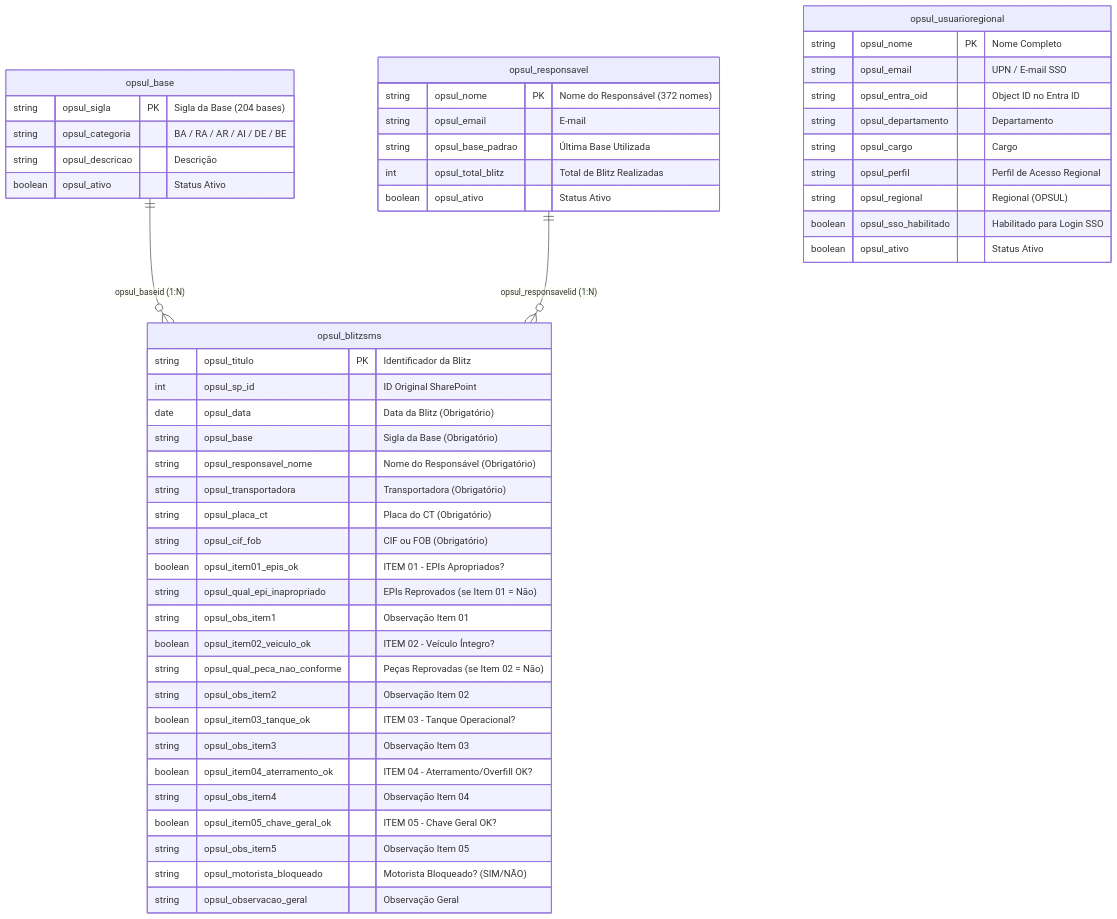
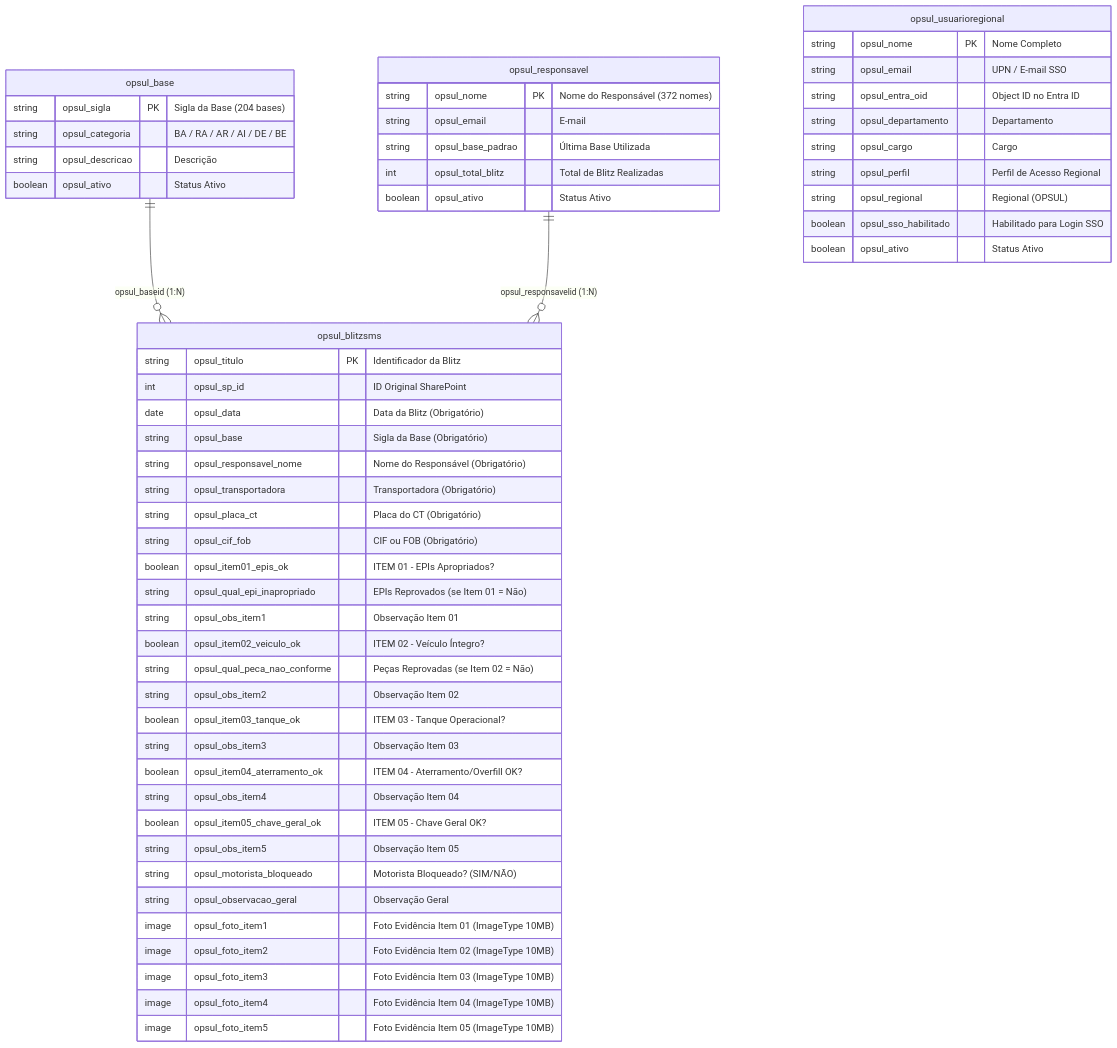
Before and after one commit to CRISTIANCARLOS/vibra-oper-opsul-blitz-sms: the diagram in docs/ARQUITETURA_E_MODELO_RELACIONAL.md, drawn with Mermaid. The commit also changed 13 other files, not shown here.

Commit message:
feat(oper-opsul): adiciona evidencia fotografica opcional nas NCs (ImageAttributeMetadata + Canvas)

````diff
--- a/docs/ARQUITETURA_E_MODELO_RELACIONAL.md
+++ b/docs/ARQUITETURA_E_MODELO_RELACIONAL.md
@@ -13,53 +13,58 @@
 ```mermaid
 erDiagram
     opsul_base ||--o{ opsul_blitzsms : "opsul_baseid (1:N)"
     opsul_responsavel ||--o{ opsul_blitzsms : "opsul_responsavelid (1:N)"
     opsul_usuarioregional {
         string opsul_nome PK "Nome Completo"
         string opsul_email "UPN / E-mail SSO"
         string opsul_entra_oid "Object ID no Entra ID"
         string opsul_departamento "Departamento"
         string opsul_cargo "Cargo"
         string opsul_perfil "Perfil de Acesso Regional"
         string opsul_regional "Regional (OPSUL)"
         boolean opsul_sso_habilitado "Habilitado para Login SSO"
         boolean opsul_ativo "Status Ativo"
     }
     opsul_base {
         string opsul_sigla PK "Sigla da Base (204 bases)"
         string opsul_categoria "BA / RA / AR / AI / DE / BE"
         string opsul_descricao "Descrição"
         boolean opsul_ativo "Status Ativo"
     }
     opsul_responsavel {
         string opsul_nome PK "Nome do Responsável (372 nomes)"
         string opsul_email "E-mail"
         string opsul_base_padrao "Última Base Utilizada"
         int opsul_total_blitz "Total de Blitz Realizadas"
         boolean opsul_ativo "Status Ativo"
     }
     opsul_blitzsms {
         string opsul_titulo PK "Identificador da Blitz"
         int opsul_sp_id "ID Original SharePoint"
         date opsul_data "Data da Blitz (Obrigatório)"
         string opsul_base "Sigla da Base (Obrigatório)"
         string opsul_responsavel_nome "Nome do Responsável (Obrigatório)"
         string opsul_transportadora "Transportadora (Obrigatório)"
         string opsul_placa_ct "Placa do CT (Obrigatório)"
         string opsul_cif_fob "CIF ou FOB (Obrigatório)"
         boolean opsul_item01_epis_ok "ITEM 01 - EPIs Apropriados?"
         string opsul_qual_epi_inapropriado "EPIs Reprovados (se Item 01 = Não)"
         string opsul_obs_item1 "Observação Item 01"
         boolean opsul_item02_veiculo_ok "ITEM 02 - Veículo Íntegro?"
         string opsul_qual_peca_nao_conforme "Peças Reprovadas (se Item 02 = Não)"
         string opsul_obs_item2 "Observação Item 02"
         boolean opsul_item03_tanque_ok "ITEM 03 - Tanque Operacional?"
         string opsul_obs_item3 "Observação Item 03"
         boolean opsul_item04_aterramento_ok "ITEM 04 - Aterramento/Overfill OK?"
         string opsul_obs_item4 "Observação Item 04"
         boolean opsul_item05_chave_geral_ok "ITEM 05 - Chave Geral OK?"
         string opsul_obs_item5 "Observação Item 05"
         string opsul_motorista_bloqueado "Motorista Bloqueado? (SIM/NÃO)"
         string opsul_observacao_geral "Observação Geral"
+        image opsul_foto_item1 "Foto Evidência Item 01 (ImageType 10MB)"
+        image opsul_foto_item2 "Foto Evidência Item 02 (ImageType 10MB)"
+        image opsul_foto_item3 "Foto Evidência Item 03 (ImageType 10MB)"
+        image opsul_foto_item4 "Foto Evidência Item 04 (ImageType 10MB)"
+        image opsul_foto_item5 "Foto Evidência Item 05 (ImageType 10MB)"
     }
 ```
````
